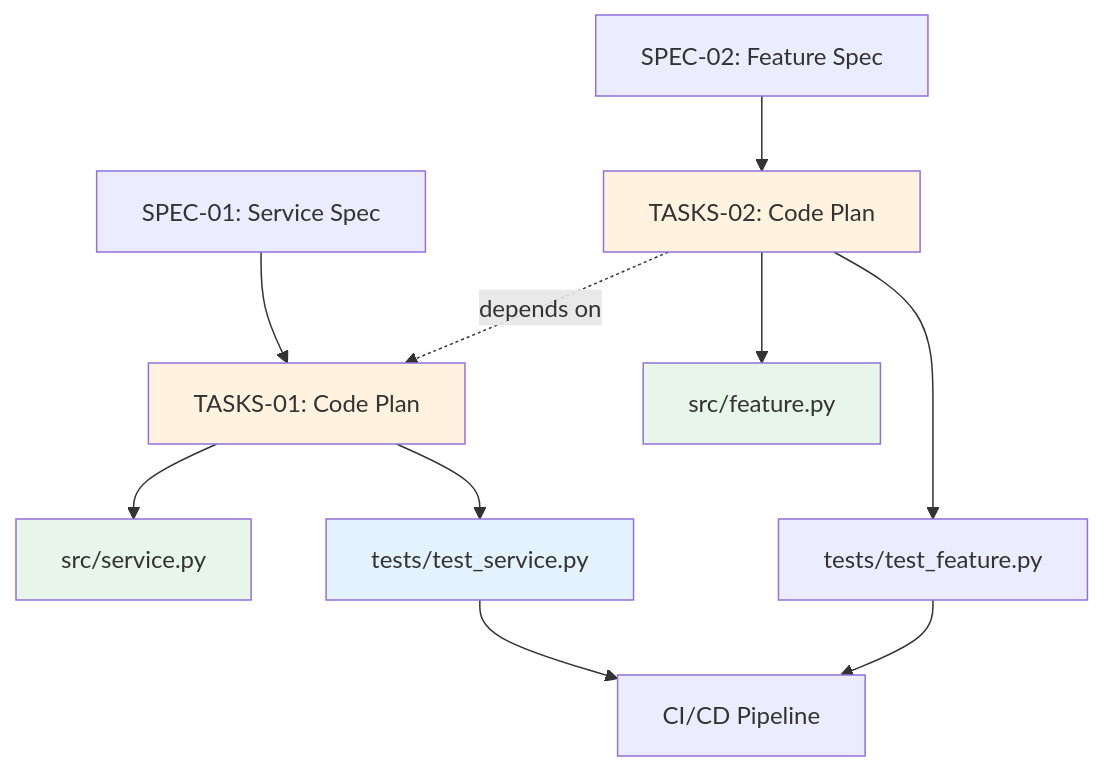
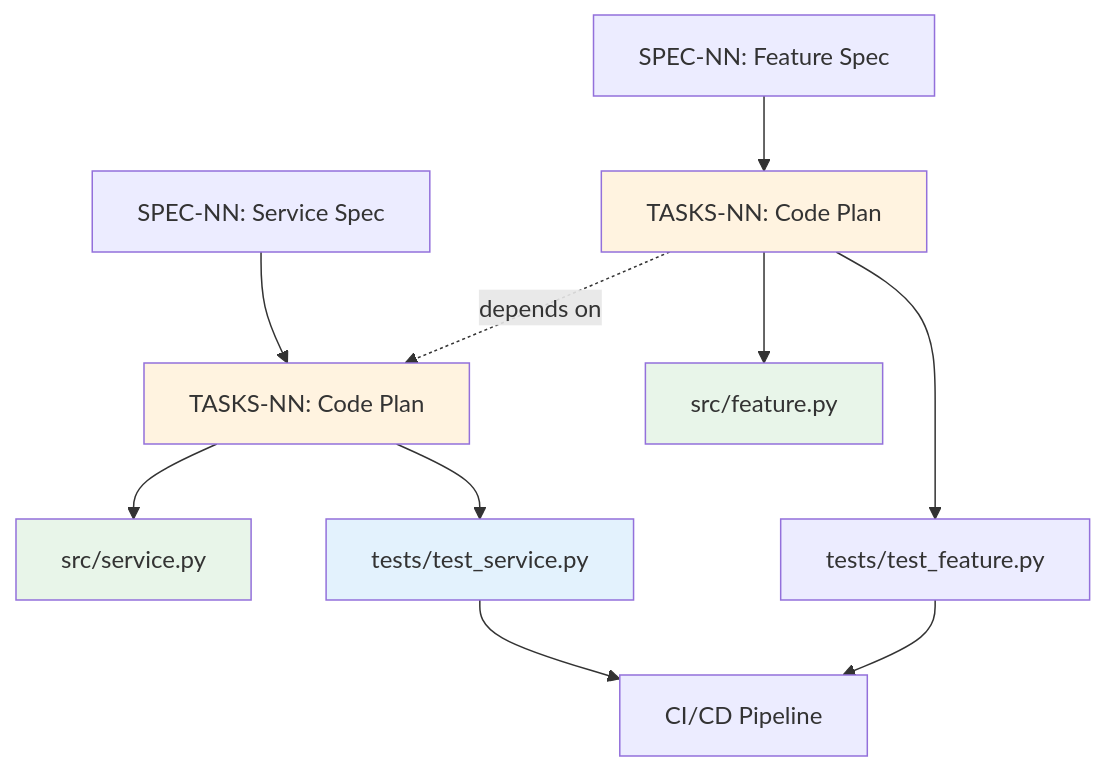
One commit to vladm3105/aidoc-flow-framework changed the diagram in ai_dev_flow/TASKS/TASKS-000_TRACEABILITY_MATRIX-TEMPLATE.md. Above: the diagram before and after it, drawn with Mermaid. The commit also changed other lines of this file and 140 other files, not shown here.

````diff
--- a/ai_dev_flow/TASKS/TASKS-000_TRACEABILITY_MATRIX-TEMPLATE.md
+++ b/ai_dev_flow/TASKS/TASKS-000_TRACEABILITY_MATRIX-TEMPLATE.md
@@ -258,22 +258,22 @@
 ```mermaid
 graph TD
-    SPEC01[SPEC-01: Service Spec] --> TASKS001[TASKS-01: Code Plan]
-    SPEC002[SPEC-02: Feature Spec] --> TASKS002[TASKS-02: Code Plan]
+    SPEC01[SPEC-NN: Service Spec] --> TASKS001[TASKS-NN: Code Plan]
+    SPEC002[SPEC-NN: Feature Spec] --> TASKS002[TASKS-NN: Code Plan]
 
     TASKS001 --> Code1[src/service.py]
     TASKS001 --> Tests1[tests/test_service.py]
 
     TASKS002 --> Code2[src/feature.py]
     TASKS002 --> Tests2[tests/test_feature.py]
 
     TASKS002 -.depends on.-> TASKS001
 
     Tests1 --> CI[CI/CD Pipeline]
     Tests2 --> CI
 
     style TASKS001 fill:#fff3e0
     style TASKS002 fill:#fff3e0
     style Code1 fill:#e8f5e9
     style Code2 fill:#e8f5e9
     style Tests1 fill:#e3f2fd
 ```
````
